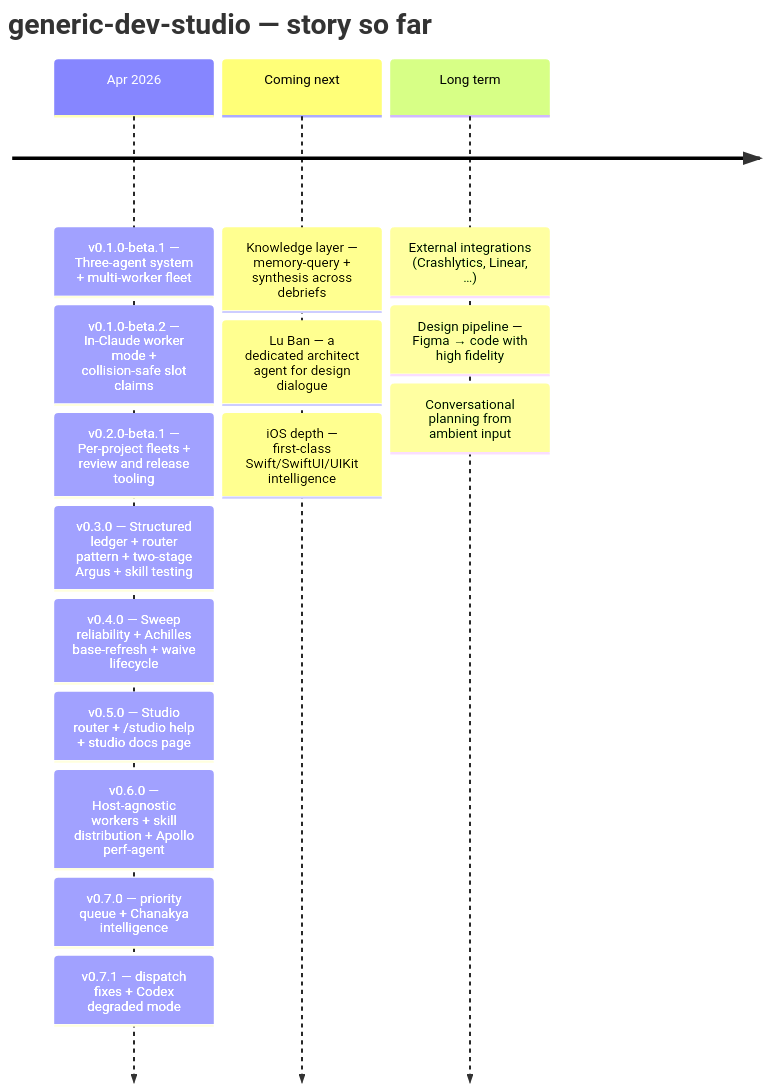
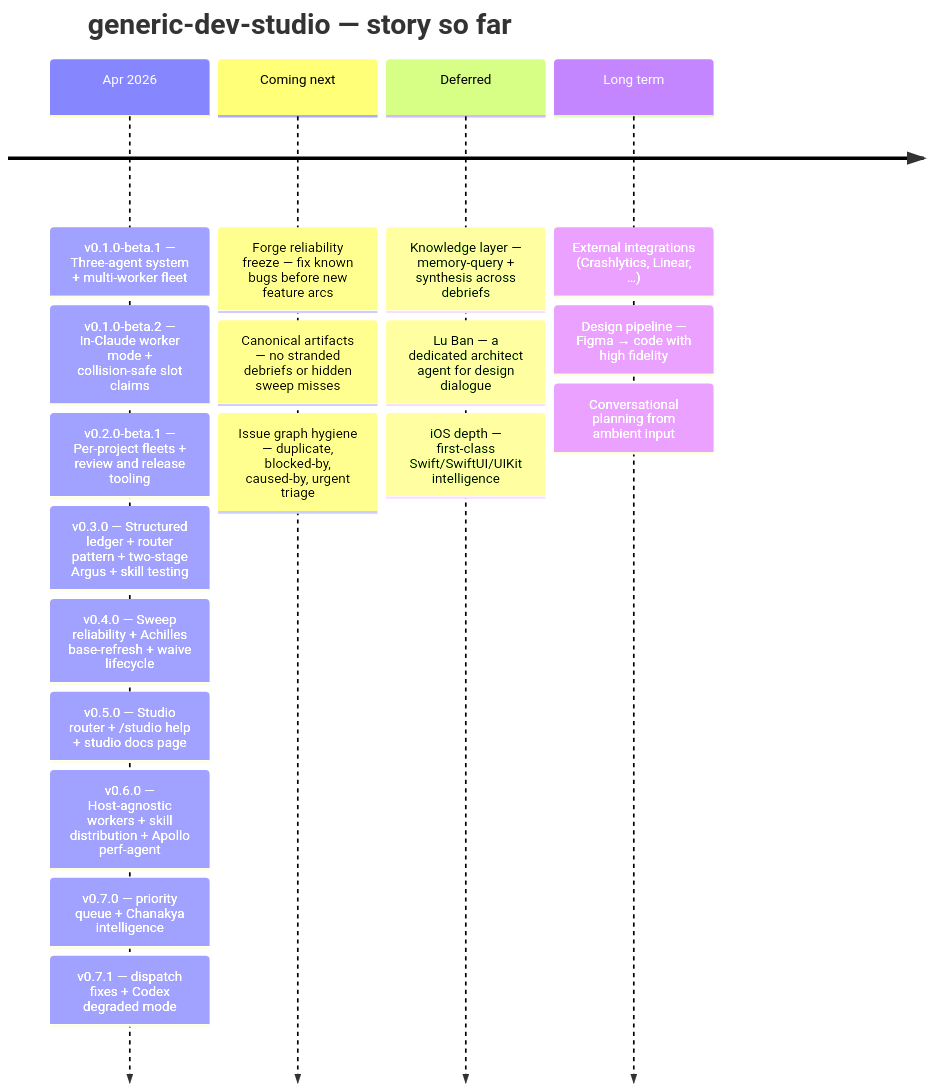
The diagram in README.md (v-i-s-h-a-l/generic-dev-studio), drawn with Mermaid before and after one commit. The commit also changed 3 other files, not shown here.

Commit message:
docs: gate roadmap on forge reliability fixes

````diff
--- a/README.md
+++ b/README.md
@@ -13,19 +13,22 @@
 ```mermaid
 timeline
     title generic-dev-studio — story so far
     Apr 2026 : v0.1.0-beta.1 — Three-agent system + multi-worker fleet
              : v0.1.0-beta.2 — In-Claude worker mode + collision-safe slot claims
              : v0.2.0-beta.1 — Per-project fleets + review and release tooling
              : v0.3.0 — Structured ledger + router pattern + two-stage Argus + skill testing
              : v0.4.0 — Sweep reliability + Achilles base-refresh + waive lifecycle
              : v0.5.0 — Studio router + /studio help + studio docs page
              : v0.6.0 — Host-agnostic workers + skill distribution + Apollo perf-agent
              : v0.7.0 — priority queue + Chanakya intelligence
              : v0.7.1 — dispatch fixes + Codex degraded mode
-    Coming next : Knowledge layer — memory-query + synthesis across debriefs
-                : Lu Ban — a dedicated architect agent for design dialogue
-                : iOS depth — first-class Swift/SwiftUI/UIKit intelligence
+    Coming next : Forge reliability freeze — fix known bugs before new feature arcs
+                : Canonical artifacts — no stranded debriefs or hidden sweep misses
+                : Issue graph hygiene — duplicate, blocked-by, caused-by, urgent triage
+    Deferred : Knowledge layer — memory-query + synthesis across debriefs
+             : Lu Ban — a dedicated architect agent for design dialogue
+             : iOS depth — first-class Swift/SwiftUI/UIKit intelligence
     Long term : External integrations (Crashlytics, Linear, …)
               : Design pipeline — Figma → code with high fidelity
               : Conversational planning from ambient input
 ```
````
